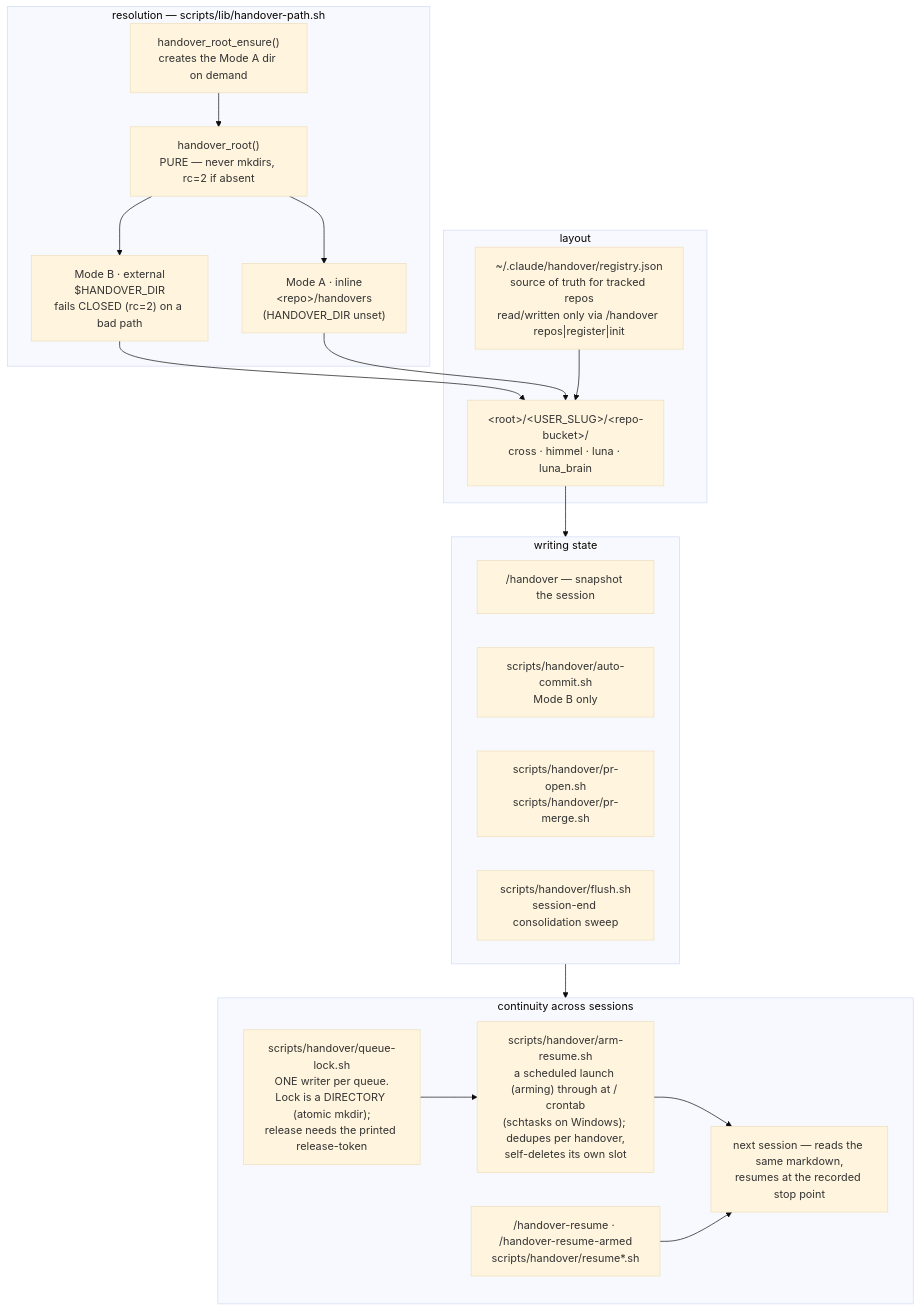
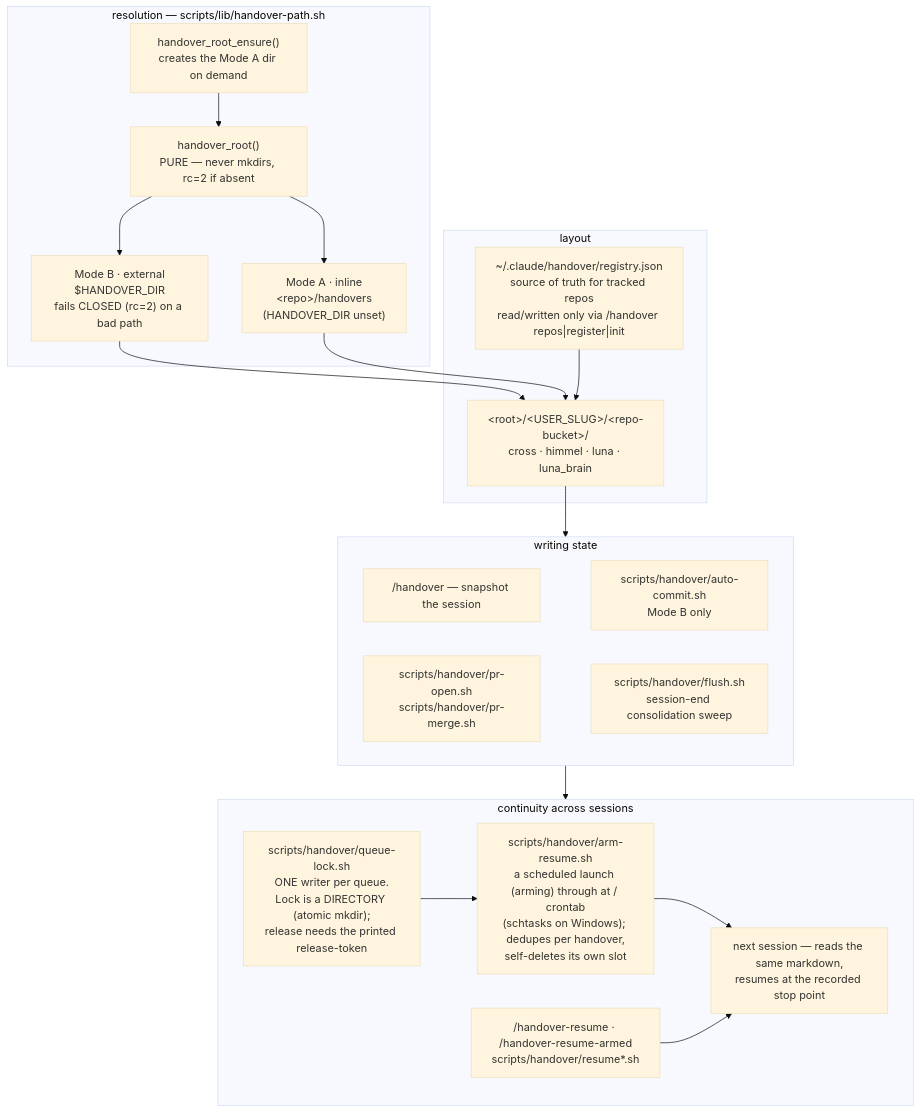
Before and after one commit to yotamleo-org/Himmel: the second of 5 diagrams in docs/architecture.md, drawn with Mermaid (base theme). The commit also changed other lines of this file and 9 other files, not shown here.

````diff
--- a/docs/architecture.md
+++ b/docs/architecture.md
@@ -122,39 +125,41 @@
 ```mermaid
 flowchart TD
     subgraph R["resolution — scripts/lib/handover-path.sh"]
         HR["handover_root()<br/>PURE — never mkdirs, rc=2 if absent"]
         HRE["handover_root_ensure()<br/>creates the Mode A dir on demand"]
         MA["Mode A · inline<br/>&lt;repo&gt;/handovers<br/>(HANDOVER_DIR unset)"]
         MB["Mode B · external<br/>$HANDOVER_DIR<br/>fails CLOSED (rc=2) on a bad path"]
         HR --> MA
         HR --> MB
         HRE --> HR
     end
 
     subgraph L["layout"]
         BUCKET["&lt;root&gt;/&lt;USER_SLUG&gt;/&lt;repo-bucket&gt;/<br/>cross · himmel · luna · luna_brain"]
         REG["~/.claude/handover/registry.json<br/>source of truth for tracked repos<br/>read/written only via /handover repos|register|init"]
     end
 
     subgraph W["writing state"]
         CMD["/handover — snapshot the session"]
         AC["scripts/handover/auto-commit.sh<br/>Mode B only"]
         PO["scripts/handover/pr-open.sh<br/>scripts/handover/pr-merge.sh"]
         FL["scripts/handover/flush.sh<br/>session-end consolidation sweep"]
+        CMD ~~~ AC
+        PO ~~~ FL
     end
 
     subgraph C["continuity across sessions"]
         QL["scripts/handover/queue-lock.sh<br/>ONE writer per queue.<br/>Lock is a DIRECTORY (atomic mkdir);<br/>release needs the printed release-token"]
         AR["scripts/handover/arm-resume.sh<br/>a scheduled launch (arming) through at / crontab<br/>(schtasks on Windows); dedupes per handover,<br/>self-deletes its own slot"]
         RES["/handover-resume · /handover-resume-armed<br/>scripts/handover/resume*.sh"]
         NEXT["next session — reads the same markdown,<br/>resumes at the recorded stop point"]
         QL --> AR --> NEXT
         RES --> NEXT
     end
 
     MB --> BUCKET
     MA --> BUCKET
     REG --> BUCKET
     BUCKET --> W
     W --> C
 ```
````
